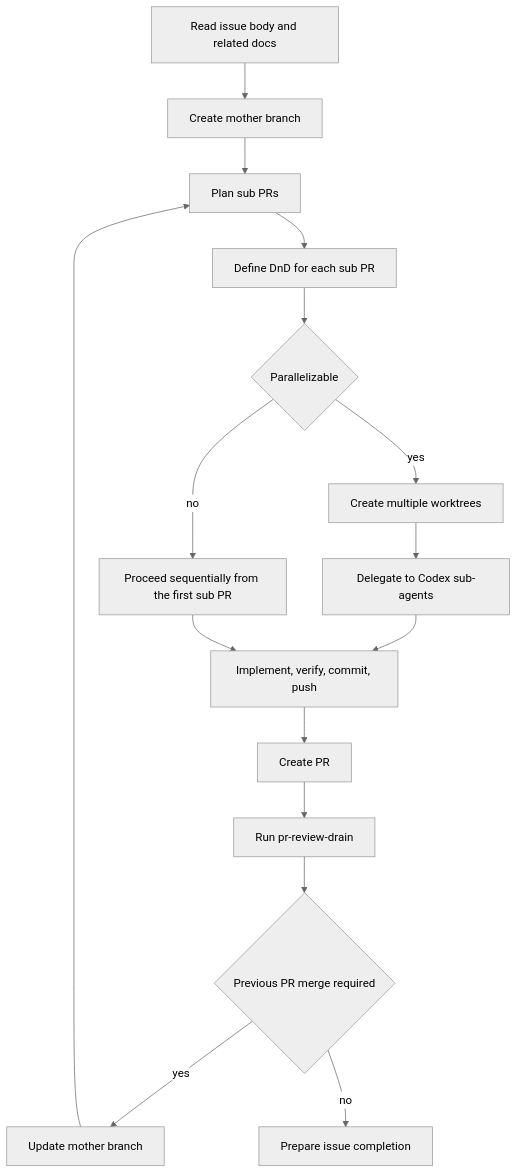
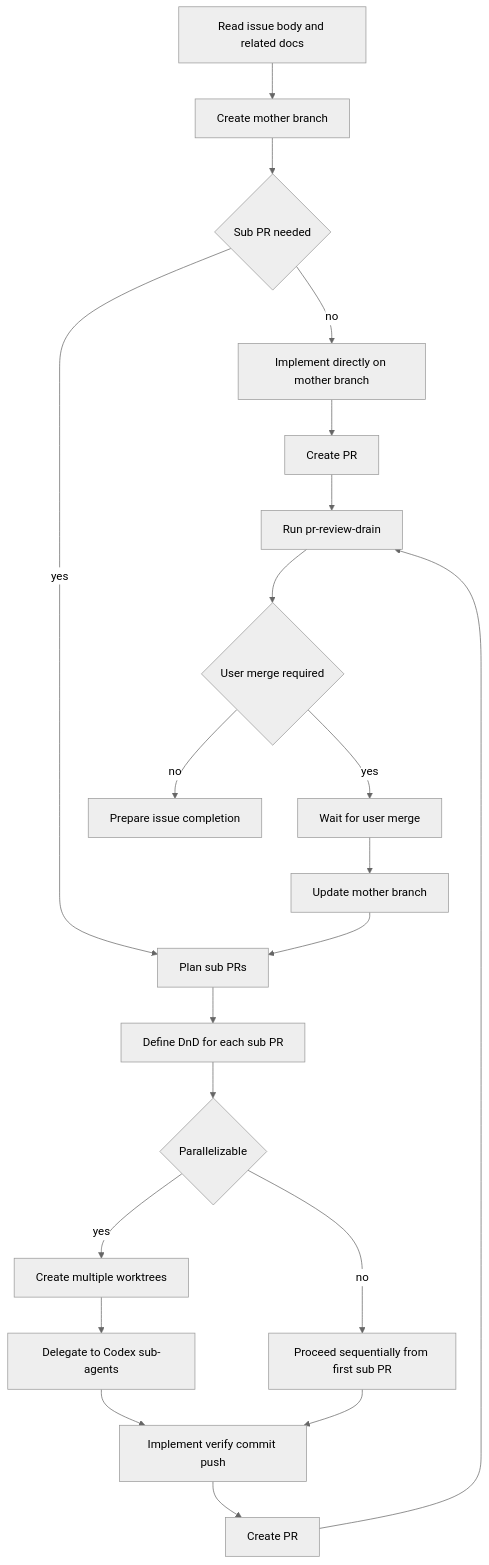
One commit to limcpf/octosmith changed the seventh of 11 diagrams in README.en.md. Above: the diagram before and after it, drawn with Mermaid (neutral theme). The commit also changed other lines of this file and 6 other files, not shown here.

Commit message:
chore: refine codex review skills

````diff
--- a/README.en.md
+++ b/README.en.md
@@ -193,18 +193,23 @@
 ```mermaid
 flowchart TD
   A[Read issue body and related docs] --> B[Create mother branch]
-  B --> C[Plan sub PRs]
-  C --> D[Define DnD for each sub PR]
-  D --> E{Parallelizable}
-  E -->|yes| F[Create multiple worktrees]
-  F --> G[Delegate to Codex sub-agents]
-  E -->|no| H[Proceed sequentially from the first sub PR]
-  G --> I[Implement, verify, commit, push]
-  H --> I
-  I --> J[Create PR]
-  J --> K[Run pr-review-drain]
-  K --> L{Previous PR merge required}
-  L -->|yes| M[Update mother branch]
-  M --> C
-  L -->|no| N[Prepare issue completion]
+  B --> C{Sub PR needed}
+  C -->|no| D[Implement directly on mother branch]
+  D --> E[Create PR]
+  C -->|yes| F[Plan sub PRs]
+  F --> G[Define DnD for each sub PR]
+  G --> H{Parallelizable}
+  H -->|yes| I[Create multiple worktrees]
+  I --> J[Delegate to Codex sub-agents]
+  H -->|no| K[Proceed sequentially from first sub PR]
+  J --> L[Implement verify commit push]
+  K --> L
+  L --> M[Create PR]
+  E --> N[Run pr-review-drain]
+  M --> N
+  N --> O{User merge required}
+  O -->|yes| P[Wait for user merge]
+  P --> Q[Update mother branch]
+  Q --> F
+  O -->|no| R[Prepare issue completion]
 ```
````
